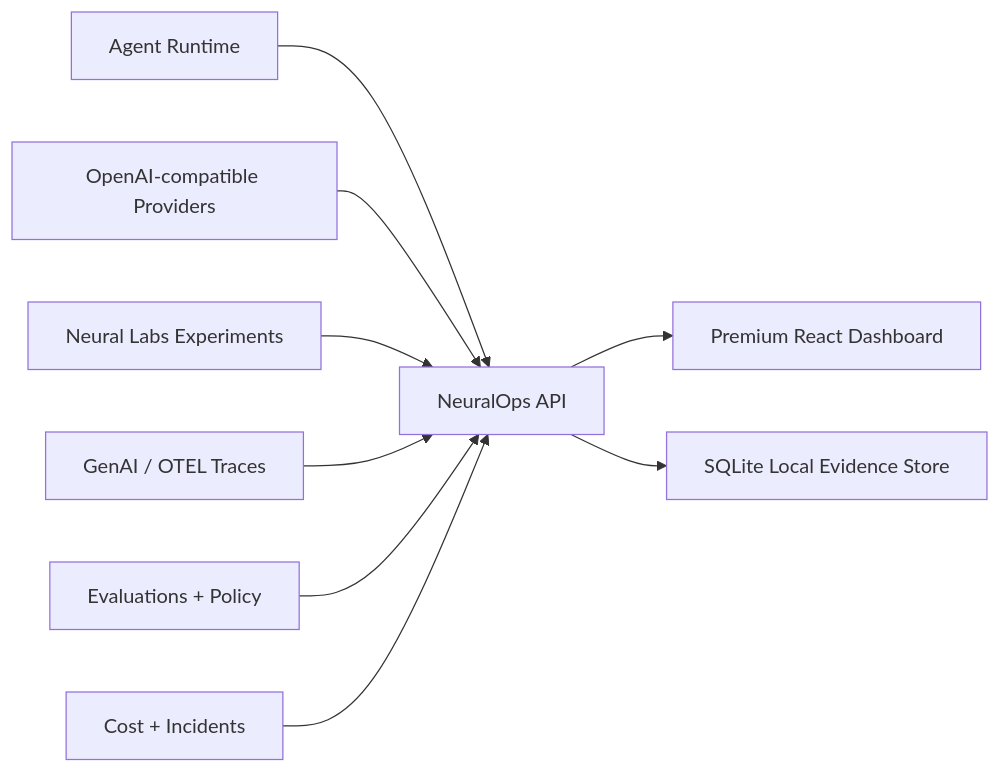
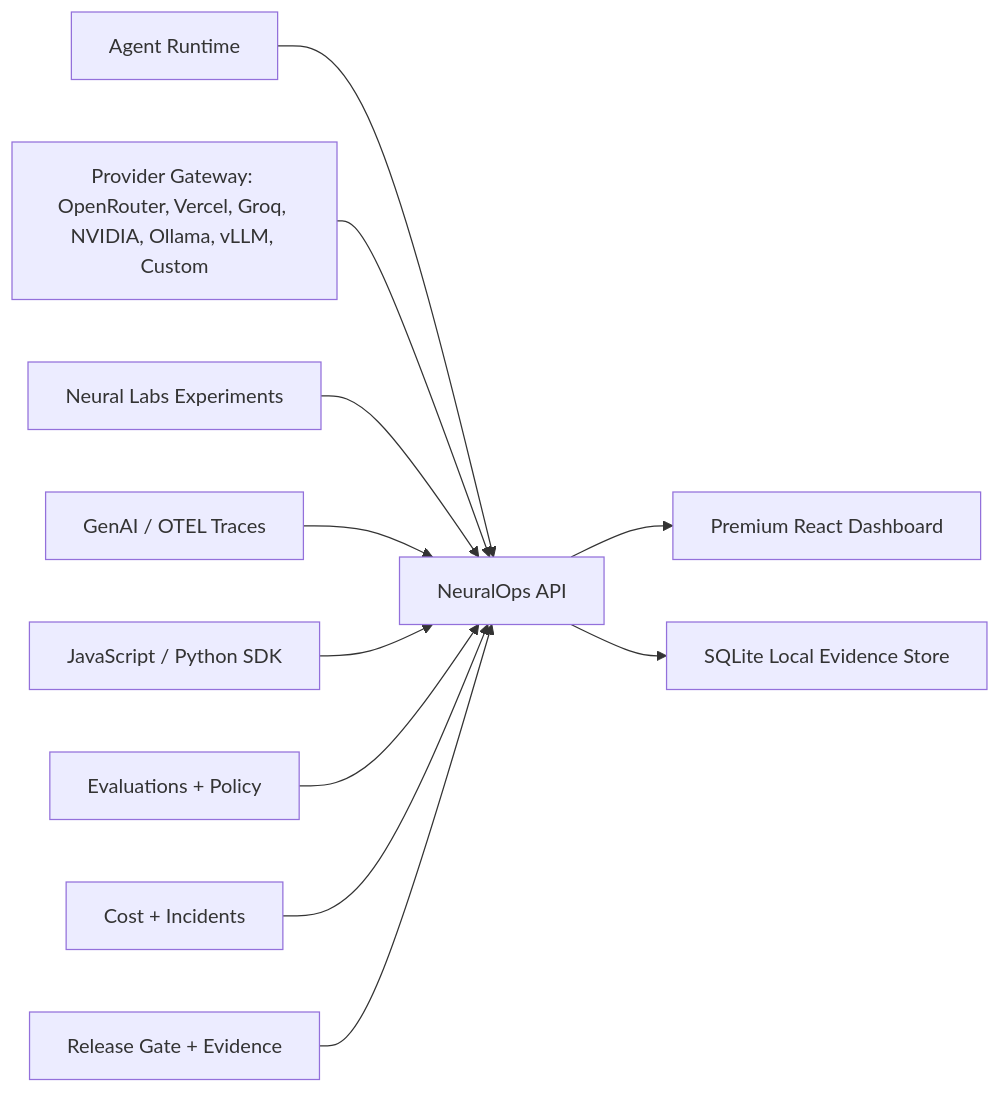
The diagram in README.md (Gowrav-M/neuralops-platform), drawn with Mermaid before and after one commit. The commit also changed other lines of this file and 41 other files, not shown here.

````diff
--- a/README.md
+++ b/README.md
@@ -17,11 +23,13 @@
 ```mermaid
 flowchart LR
   A["Agent Runtime"] --> F["NeuralOps API"]
-  B["OpenAI-compatible Providers"] --> F
+  B["Provider Gateway: OpenRouter, Vercel, Groq, NVIDIA, Ollama, vLLM, Custom"] --> F
   C["Neural Labs Experiments"] --> F
   D["GenAI / OTEL Traces"] --> F
+  K["JavaScript / Python SDK"] --> F
   E["Evaluations + Policy"] --> F
   I["Cost + Incidents"] --> F
+  J["Release Gate + Evidence"] --> F
   F --> G["Premium React Dashboard"]
   F --> H["SQLite Local Evidence Store"]
 ```
````
